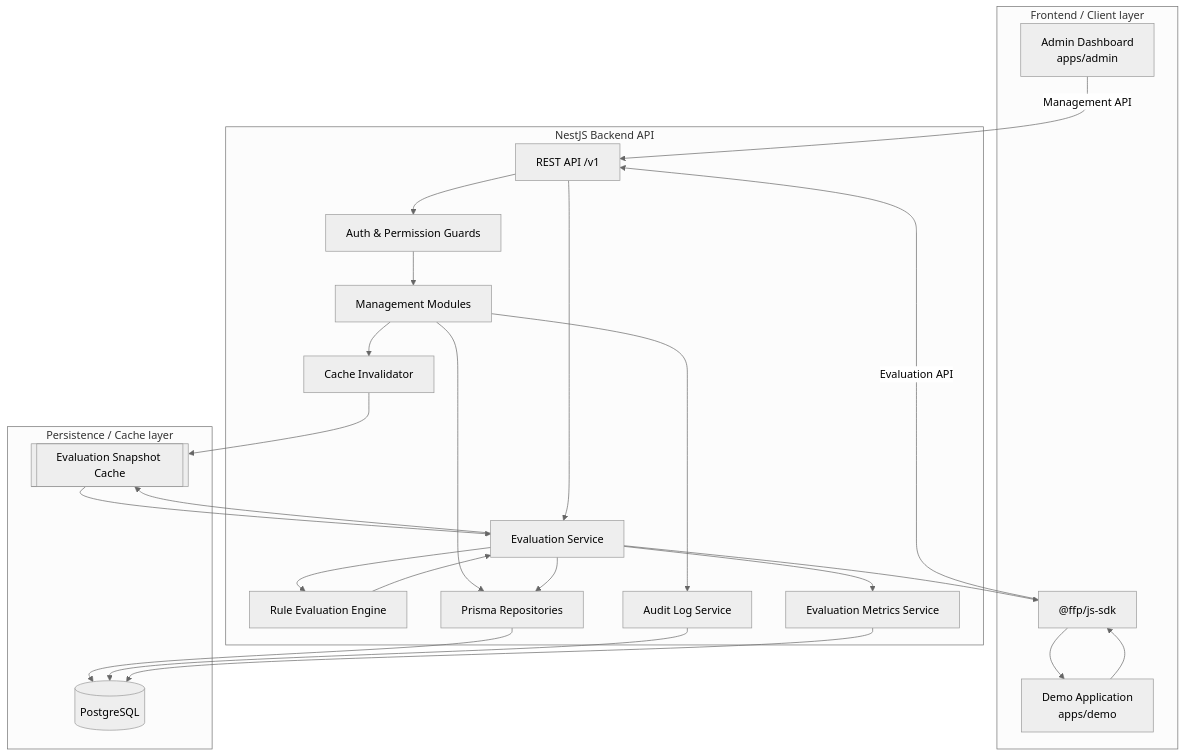
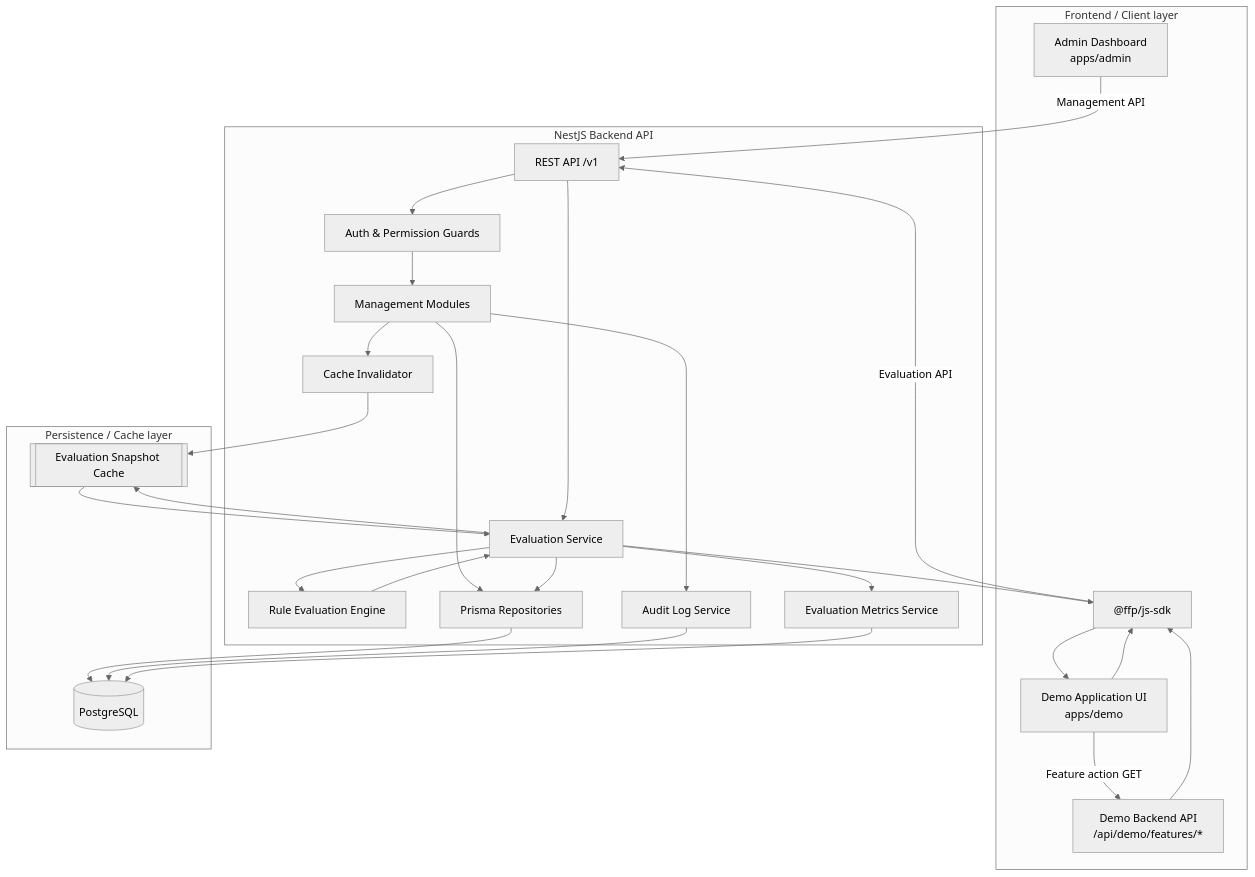
Before and after one commit to fabyanbui/VDT2026_MiniProject_report: the diagram in Images/mermaid/Kiến trúc tổng thể của hệ thống.md, drawn with Mermaid (neutral theme). The commit also changed 5 other files, not shown here.

Commit message:
Enhance diagrams in Control Plane and Docker Compose documentation by updating UI labels and adding Demo Backend API connections for clarity.

````diff
--- a/Images/mermaid/Kiến trúc tổng thể của hệ thống.md
+++ b/Images/mermaid/Kiến trúc tổng thể của hệ thống.md
@@ -1,54 +1,57 @@
 ```mermaid
 flowchart TB
     subgraph Clients["Frontend / Client layer"]
         Admin["Admin Dashboard<br/>apps/admin"]
-        Demo["Demo Application<br/>apps/demo"]
+        Demo["Demo Application UI<br/>apps/demo"]
+        DemoAPI["Demo Backend API<br/>/api/demo/features/*"]
         SDK["@ffp/js-sdk"]
     end
 
     subgraph Backend["NestJS Backend API"]
         API["REST API /v1"]
         Auth["Auth & Permission Guards"]
         Management["Management Modules"]
         EvalService["Evaluation Service"]
         Engine["Rule Evaluation Engine"]
         Audit["Audit Log Service"]
         Stats["Evaluation Metrics Service"]
         CacheInvalidator["Cache Invalidator"]
         Repositories["Prisma Repositories"]
     end
 
     subgraph Data["Persistence / Cache layer"]
         Postgres[("PostgreSQL")]
         Cache[["Evaluation Snapshot Cache"]]
     end
 
     Admin -->|"Management API"| API
     API --> Auth
     Auth --> Management
 
     Management --> Repositories
     Management --> Audit
     Management --> CacheInvalidator
 
     Repositories --> Postgres
     Audit --> Postgres
     CacheInvalidator --> Cache
 
     Demo --> SDK
+    Demo -->|"Feature action GET"| DemoAPI
+    DemoAPI --> SDK
     SDK -->|"Evaluation API"| API
 
     API --> EvalService
     EvalService --> Cache
     Cache --> EvalService
 
     EvalService --> Repositories
     EvalService --> Engine
     Engine --> EvalService
 
     EvalService --> Stats
     Stats --> Postgres
 
     EvalService --> SDK
     SDK --> Demo
 ```
````
